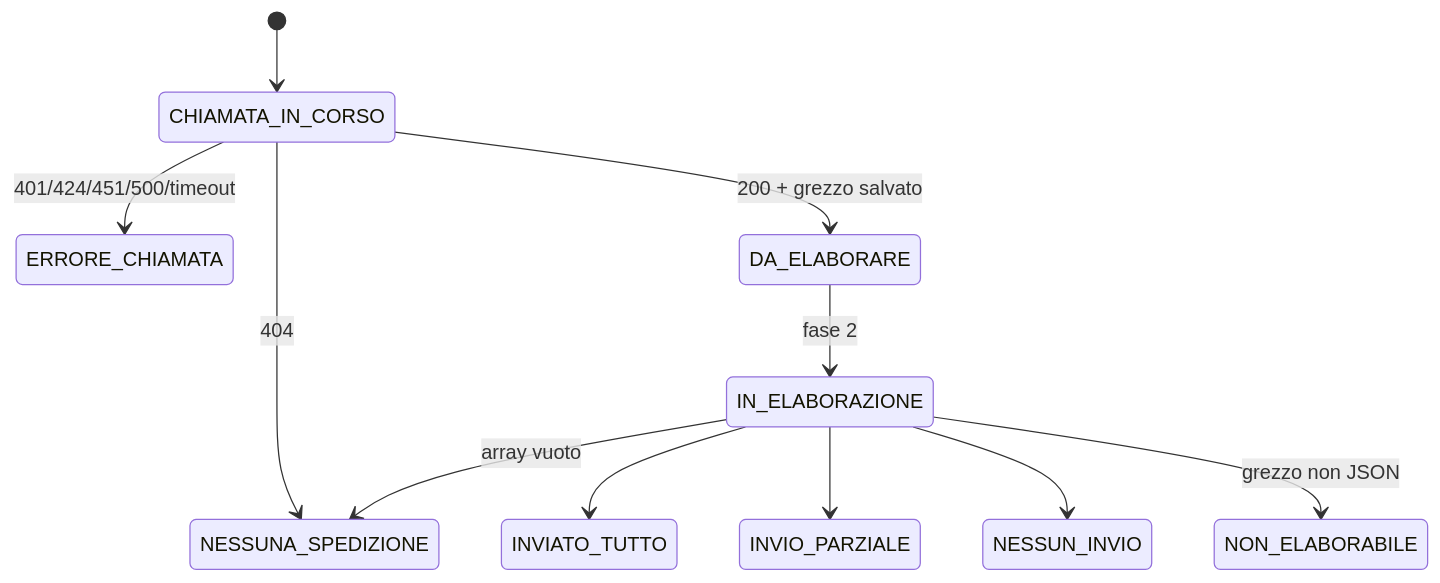
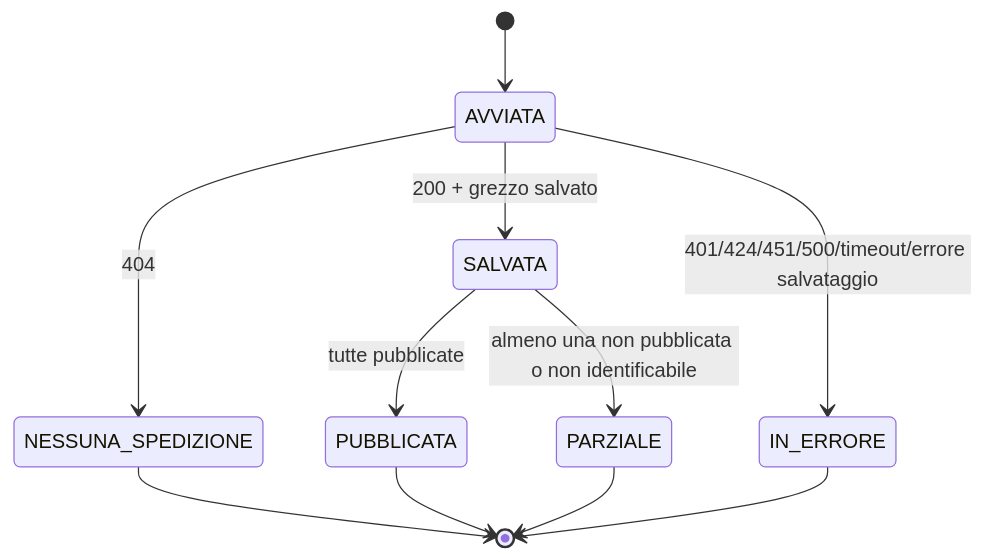
The third of 3 diagrams in iniziative/136596/sviluppo/ce-dichiarato-eurodis-in.md (diegoMereu/sda-bmad), drawn with Mermaid before and after one commit. The commit also changed other lines of this file and 1 other file, not shown here.

````diff
--- a/iniziative/136596/sviluppo/ce-dichiarato-eurodis-in.md
+++ b/iniziative/136596/sviluppo/ce-dichiarato-eurodis-in.md
@@ -270,13 +280,13 @@
 ```mermaid
 stateDiagram-v2
-    [*] --> CHIAMATA_IN_CORSO
-    CHIAMATA_IN_CORSO --> NESSUNA_SPEDIZIONE: 404
-    CHIAMATA_IN_CORSO --> ERRORE_CHIAMATA: 401/424/451/500/timeout
-    CHIAMATA_IN_CORSO --> DA_ELABORARE: 200 + grezzo salvato
-    DA_ELABORARE --> IN_ELABORAZIONE: fase 2
-    IN_ELABORAZIONE --> INVIATO_TUTTO
-    IN_ELABORAZIONE --> INVIO_PARZIALE
-    IN_ELABORAZIONE --> NESSUN_INVIO
-    IN_ELABORAZIONE --> NESSUNA_SPEDIZIONE: array vuoto
-    IN_ELABORAZIONE --> NON_ELABORABILE: grezzo non JSON
+    [*] --> AVVIATA
+    AVVIATA --> NESSUNA_SPEDIZIONE: 404
+    AVVIATA --> SALVATA: 200 + grezzo salvato
+    AVVIATA --> IN_ERRORE: 401/424/451/500/timeout/errore salvataggio
+    SALVATA --> PUBBLICATA: tutte pubblicate
+    SALVATA --> PARZIALE: almeno una non pubblicata o non identificabile
+    NESSUNA_SPEDIZIONE --> [*]
+    PUBBLICATA --> [*]
+    PARZIALE --> [*]
+    IN_ERRORE --> [*]
 ```
````
